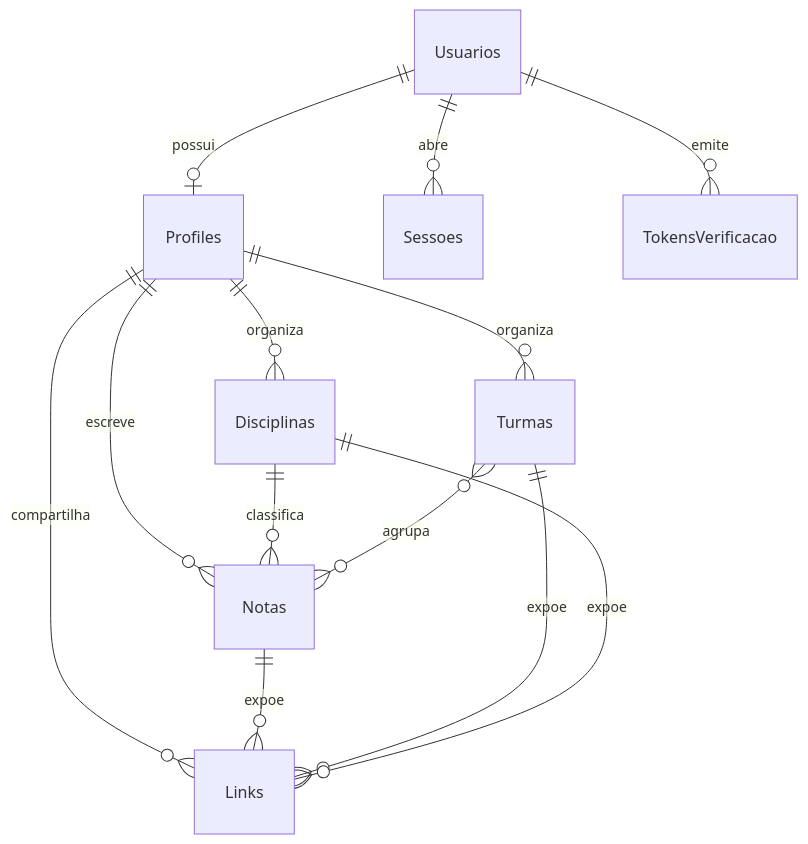
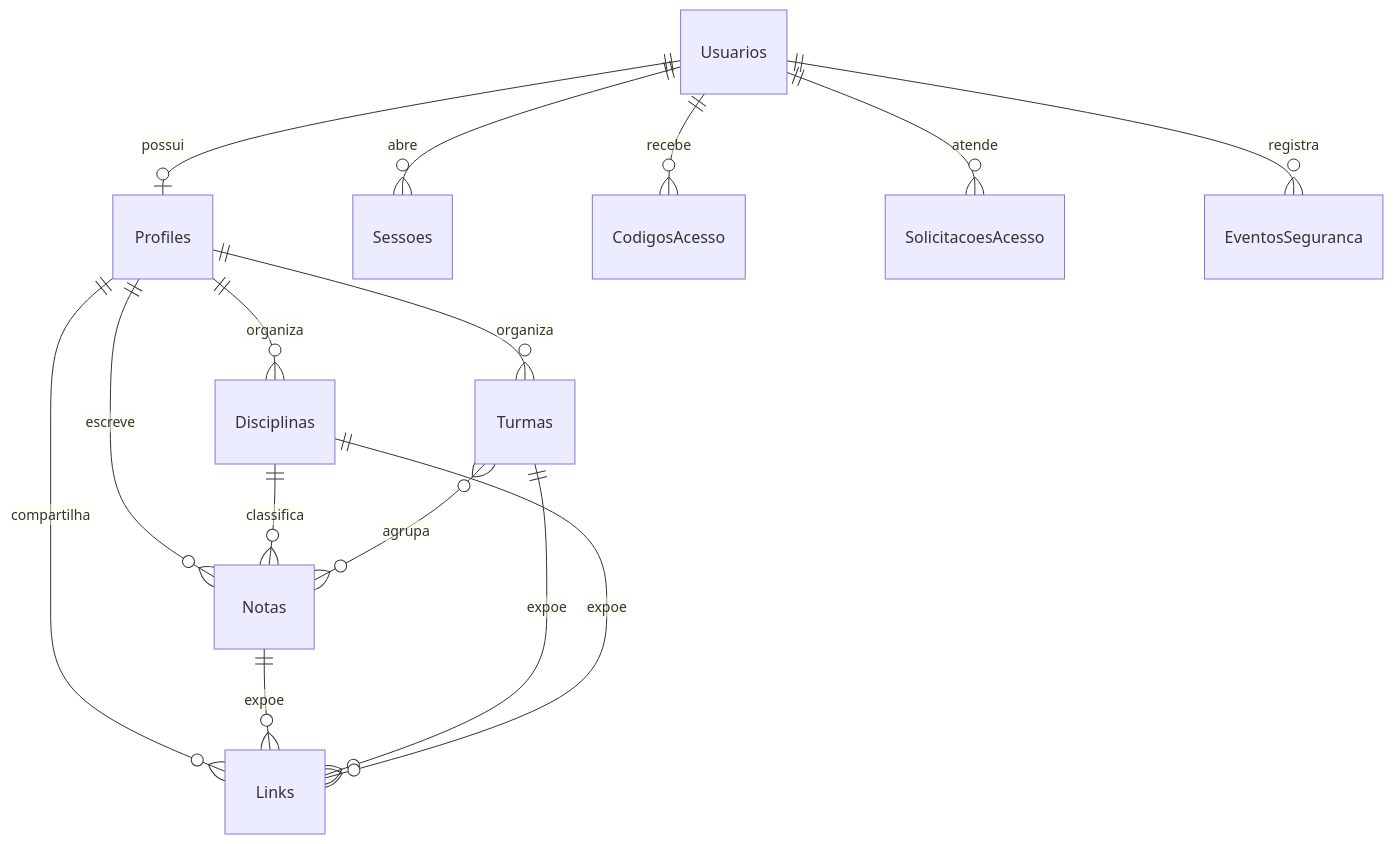
The diagram in docs/modelo-de-dados.md (eemtijca/caderno-aberto), drawn with Mermaid before and after one commit. The commit also changed other lines of this file and 14 other files, not shown here.

````diff
--- a/docs/modelo-de-dados.md
+++ b/docs/modelo-de-dados.md
@@ -7,15 +7,17 @@
 ```mermaid
 erDiagram
   Usuarios ||--o| Profiles : possui
   Usuarios ||--o{ Sessoes : abre
-  Usuarios ||--o{ TokensVerificacao : emite
+  Usuarios ||--o{ CodigosAcesso : recebe
+  Usuarios ||--o{ SolicitacoesAcesso : atende
+  Usuarios ||--o{ EventosSeguranca : registra
   Profiles ||--o{ Disciplinas : organiza
   Profiles ||--o{ Turmas : organiza
   Profiles ||--o{ Notas : escreve
   Profiles ||--o{ Links : compartilha
   Disciplinas ||--o{ Notas : classifica
   Turmas }o--o{ Notas : agrupa
   Notas ||--o{ Links : expoe
   Turmas ||--o{ Links : expoe
   Disciplinas ||--o{ Links : expoe
 ```
````
